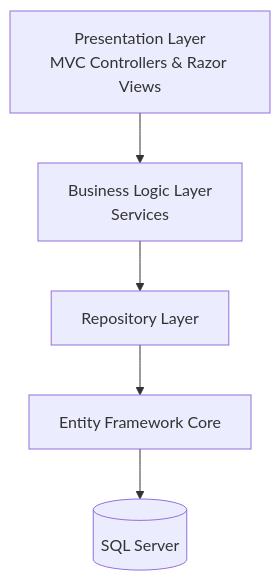
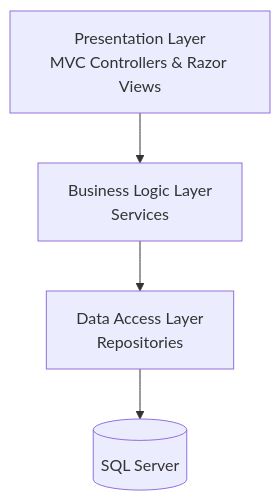
The first of 2 diagrams in README.md (Momen-Tajik/Ghafar-Tajhiz), drawn with Mermaid before and after one commit. The commit also changed other lines of this file, not shown here.

````diff
--- a/README.md
+++ b/README.md
@@ -124,21 +139,17 @@
 ```mermaid
 graph TD
 
 Presentation["Presentation Layer<br/>MVC Controllers & Razor Views"]
 
 Business["Business Logic Layer<br/>Services"]
 
-Repository["Repository Layer"]
+Data["Data Access Layer<br/>Repositories"]
 
-EF["Entity Framework Core"]
-
-SQL[(SQL Server)]
+Database[(SQL Server)]
 
 Presentation --> Business
 
-Business --> Repository
+Business --> Data
 
-Repository --> EF
-
-EF --> SQL
+Data --> Database
 ```
````
